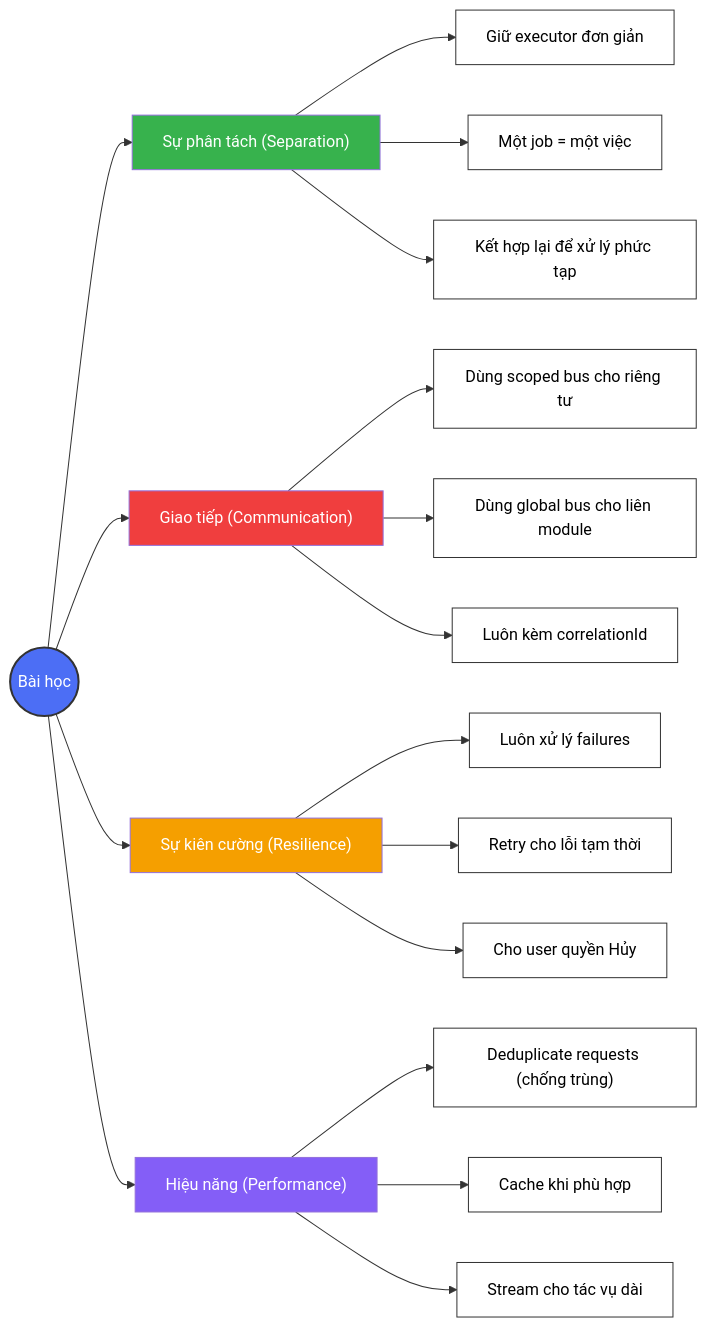
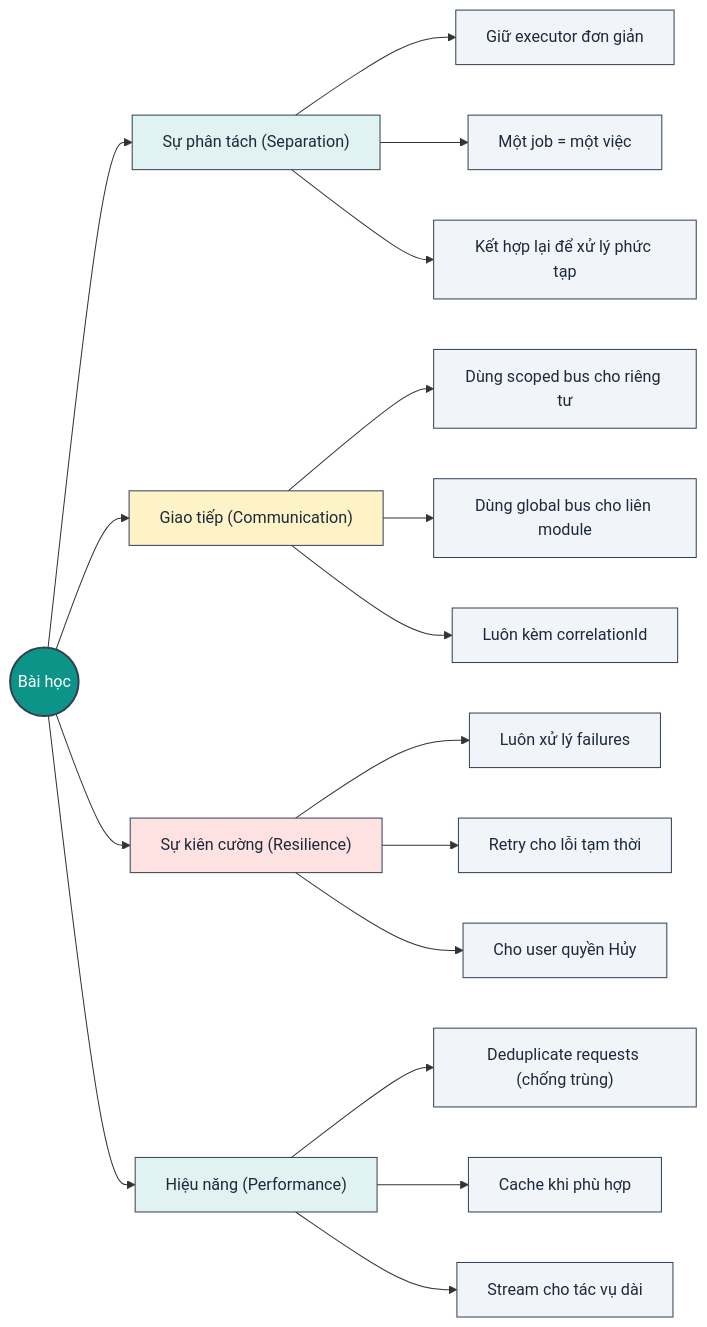
One commit to lploc94/flutter_orchestrator changed diagram 12 of 12 in book/vi/chapters/06_case_study.md. Above: the diagram before and after it, drawn with Mermaid. The commit also changed other lines of this file and 4 other files, not shown here.

````diff
--- a/book/vi/chapters/06_case_study.md
+++ b/book/vi/chapters/06_case_study.md
@@ -326,46 +383,46 @@
 ```mermaid
 graph LR
     Root((Bài học))
     
     Root --> Sep["Sự phân tách (Separation)"]
     Sep --> Sep1["Giữ executor đơn giản"]
     Sep --> Sep2["Một job = một việc"]
     Sep --> Sep3["Kết hợp lại để xử lý phức tạp"]
     
     Root --> Com["Giao tiếp (Communication)"]
     Com --> Com1["Dùng scoped bus cho riêng tư"]
     Com --> Com2["Dùng global bus cho liên module"]
     Com --> Com3["Luôn kèm correlationId"]
     
     Root --> Res["Sự kiên cường (Resilience)"]
     Res --> Res1["Luôn xử lý failures"]
     Res --> Res2["Retry cho lỗi tạm thời"]
     Res --> Res3["Cho user quyền Hủy"]
     
     Root --> Perf["Hiệu năng (Performance)"]
     Perf --> Perf1["Deduplicate requests (chống trùng)"]
     Perf --> Perf2["Cache khi phù hợp"]
     Perf --> Perf3["Stream cho tác vụ dài"]
     
-    style Root fill:#4c6ef5,stroke:#333,stroke-width:2px,color:#fff
-    style Sep fill:#37b24d,color:#fff
-    style Com fill:#f03e3e,color:#fff
-    style Res fill:#f59f00,color:#fff
-    style Perf fill:#845ef7,color:#fff
+    style Root fill:#0d9488,stroke:#334155,stroke-width:2px,color:#ffffff
+    style Sep fill:#e0f2f1,stroke:#334155,color:#1e293b
+    style Com fill:#fef3c7,stroke:#334155,color:#1e293b
+    style Res fill:#fee2e2,stroke:#334155,color:#1e293b
+    style Perf fill:#e0f2f1,stroke:#334155,color:#1e293b
     
-    style Sep1 fill:#fff,stroke:#333,color:#000
-    style Sep2 fill:#fff,stroke:#333,color:#000
-    style Sep3 fill:#fff,stroke:#333,color:#000
+    style Sep1 fill:#f1f5f9,stroke:#334155,color:#1e293b
+    style Sep2 fill:#f1f5f9,stroke:#334155,color:#1e293b
+    style Sep3 fill:#f1f5f9,stroke:#334155,color:#1e293b
     
-    style Com1 fill:#fff,stroke:#333,color:#000
-    style Com2 fill:#fff,stroke:#333,color:#000
-    style Com3 fill:#fff,stroke:#333,color:#000
+    style Com1 fill:#f1f5f9,stroke:#334155,color:#1e293b
+    style Com2 fill:#f1f5f9,stroke:#334155,color:#1e293b
+    style Com3 fill:#f1f5f9,stroke:#334155,color:#1e293b
     
-    style Res1 fill:#fff,stroke:#333,color:#000
-    style Res2 fill:#fff,stroke:#333,color:#000
-    style Res3 fill:#fff,stroke:#333,color:#000
+    style Res1 fill:#f1f5f9,stroke:#334155,color:#1e293b
+    style Res2 fill:#f1f5f9,stroke:#334155,color:#1e293b
+    style Res3 fill:#f1f5f9,stroke:#334155,color:#1e293b
     
-    style Perf1 fill:#fff,stroke:#333,color:#000
-    style Perf2 fill:#fff,stroke:#333,color:#000
-    style Perf3 fill:#fff,stroke:#333,color:#000
+    style Perf1 fill:#f1f5f9,stroke:#334155,color:#1e293b
+    style Perf2 fill:#f1f5f9,stroke:#334155,color:#1e293b
+    style Perf3 fill:#f1f5f9,stroke:#334155,color:#1e293b
 ```
````
